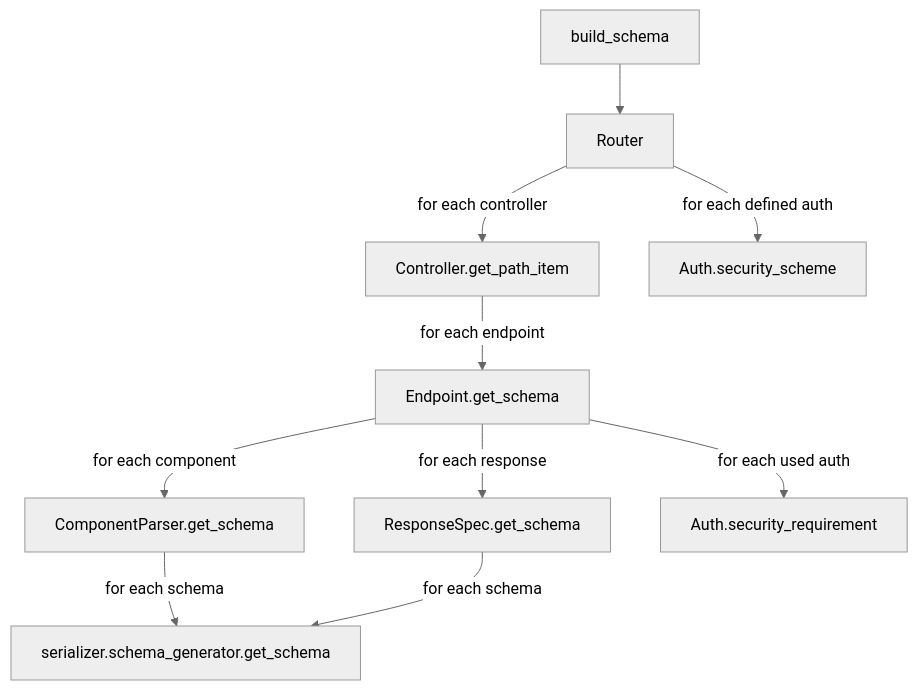
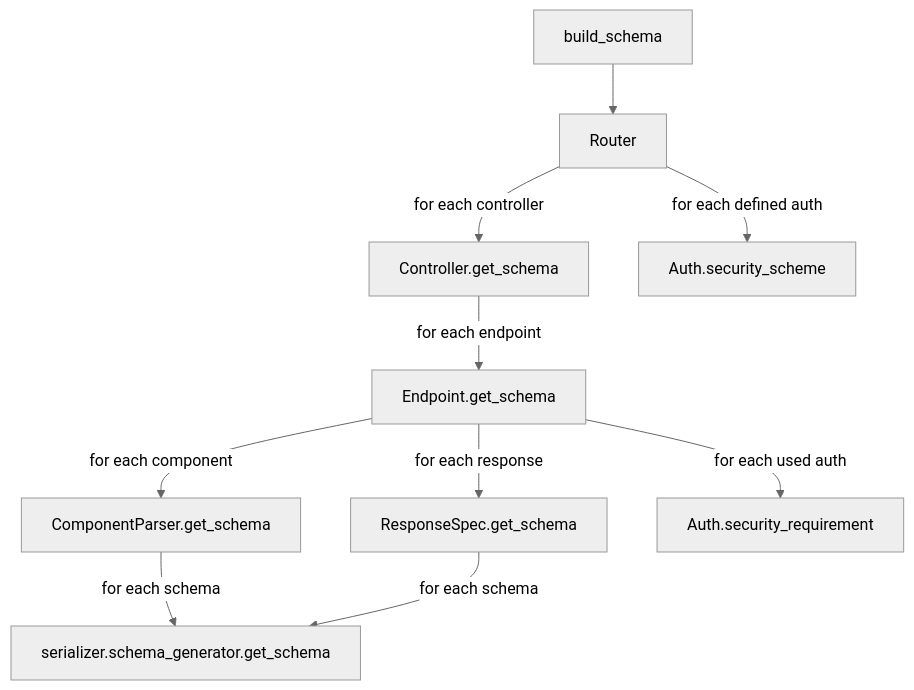
Before and after one commit to wemake-services/django-modern-rest: the diagram in docs/pages/openapi/openapi.rst, drawn with Mermaid (neutral theme). The commit also changed other lines of this file and 7 other files, not shown here.

```diff
--- a/docs/pages/openapi/openapi.rst
+++ b/docs/pages/openapi/openapi.rst
@@ -414,14 +414,14 @@
 .. mermaid::
   :caption: OpenAPI spec generation
   :config: {"theme": "forest"}
 
   graph
       Start[build_schema] --> Router[Router];
-      Router -->|for each controller| Controller[Controller.get_path_item];
+      Router -->|for each controller| Controller[Controller.get_schema];
       Router -->|for each defined auth| SecurityScheme[Auth.security_scheme];
       Controller -->|for each endpoint| Endpoint[Endpoint.get_schema];
       Endpoint -->|for each component| ComponentParser[ComponentParser.get_schema]
       Endpoint -->|for each response| ResponseSpec[ResponseSpec.get_schema];
       Endpoint -->|for each used auth| SecurityRequirement[Auth.security_requirement];
       ComponentParser -->|for each schema| Schema[serializer.schema_generator.get_schema];
       ResponseSpec -->|for each schema| Schema[serializer.schema_generator.get_schema];
```
